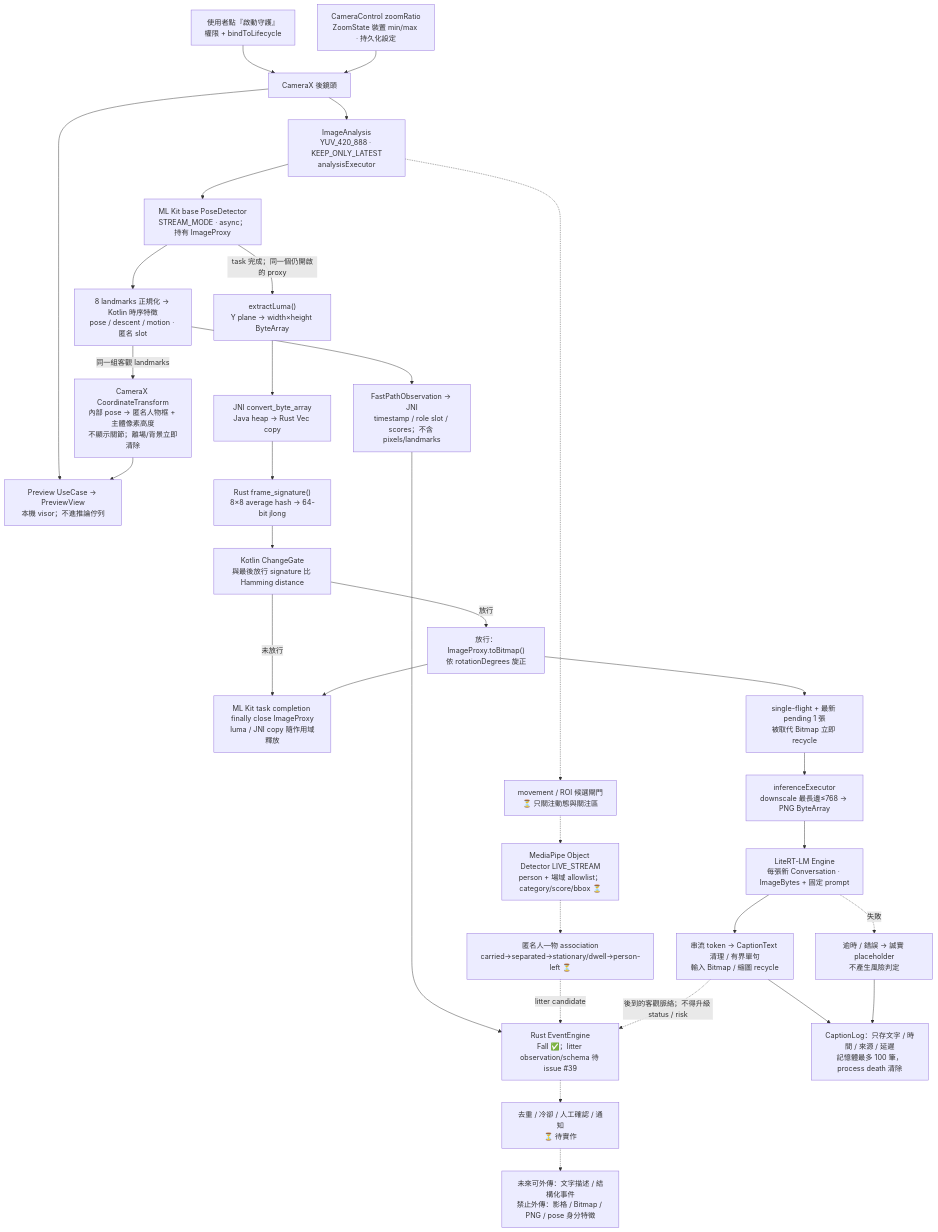
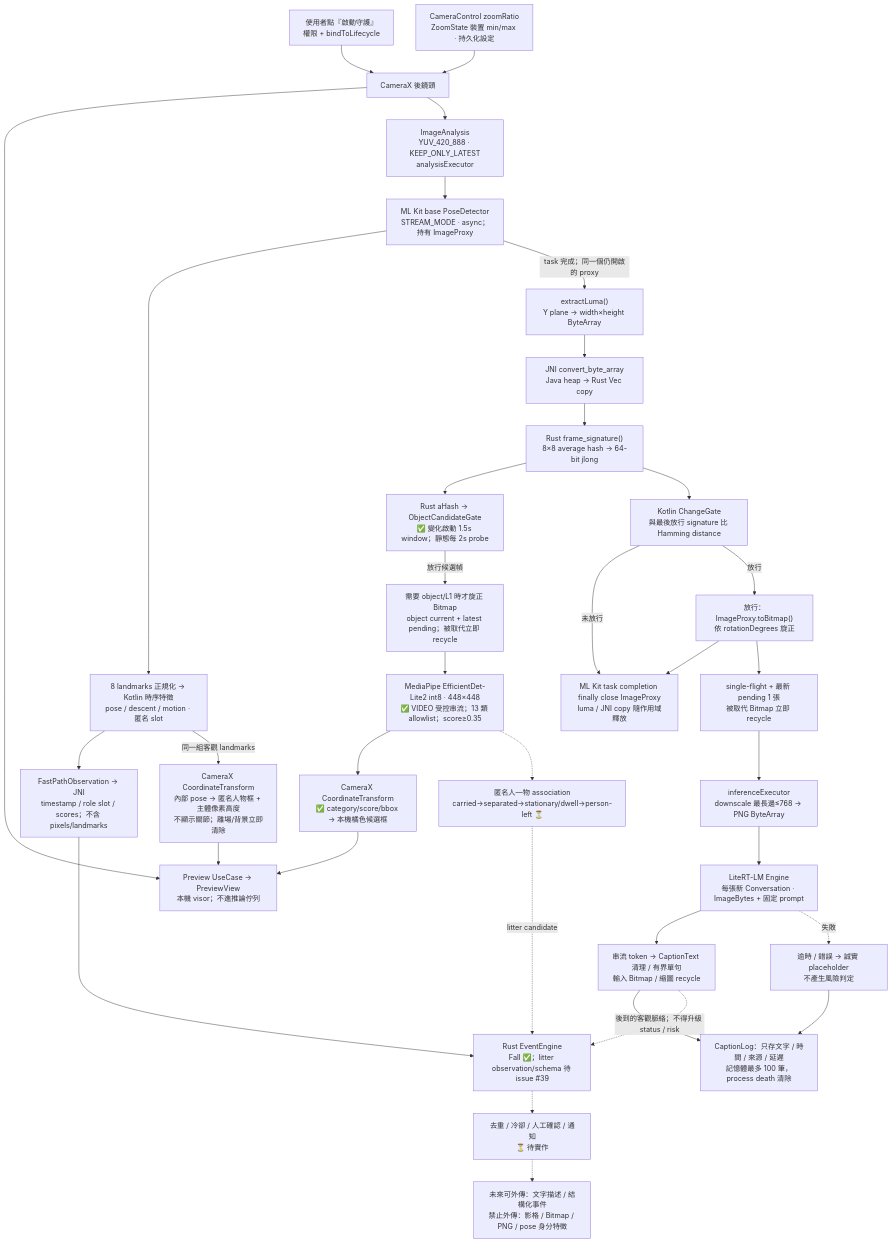
Before and after one commit to TingFengChou/claustrum: the third of 4 diagrams in README.md, drawn with Mermaid. The commit also changed other lines of this file and 31 other files, not shown here.

First line of the commit message:
feat(android): add gated MediaPipe object candidates (#43)

````diff
--- a/README.md
+++ b/README.md
@@ -220,44 +227,47 @@
 ```mermaid
 flowchart TB
   START["使用者點『啟動守護』<br/>權限 + bindToLifecycle"]
   CAMERA["CameraX 後鏡頭"]
   ZOOM["CameraControl zoomRatio<br/>ZoomState 裝置 min/max · 持久化設定"]
   PREVIEW["Preview UseCase → PreviewView<br/>本機 visor；不進推論佇列"]
   OVERLAY["CameraX CoordinateTransform<br/>內部 pose → 匿名人物框 + 主體像素高度<br/>不顯示關節；離場/背景立即清除"]
   ANALYSIS["ImageAnalysis<br/>YUV_420_888 · KEEP_ONLY_LATEST<br/>analysisExecutor"]
   POSE["ML Kit base PoseDetector<br/>STREAM_MODE · async；持有 ImageProxy"]
   FEATURE["8 landmarks 正規化 → Kotlin 時序特徵<br/>pose / descent / motion · 匿名 slot"]
   OBS["FastPathObservation → JNI<br/>timestamp / role slot / scores；不含 pixels/landmarks"]
   L2["Rust EventEngine<br/>Fall ✅；litter observation/schema 待 issue #39"]
-  MOTION["movement / ROI 候選閘門<br/>⏳ 只關注動態與關注區"]
-  OBJECT["MediaPipe Object Detector LIVE_STREAM<br/>person + 場域 allowlist；category/score/bbox ⏳"]
+  MOTION["Rust aHash → ObjectCandidateGate<br/>✅ 變化啟動 1.5s window；靜態每 2s probe"]
+  OBJECTCOPY["需要 object/L1 時才旋正 Bitmap<br/>object current + latest pending；被取代立即 recycle"]
+  OBJECT["MediaPipe EfficientDet-Lite2 int8 · 448×448<br/>✅ VIDEO 受控串流；13 類 allowlist；score≥0.35"]
+  OBJECTUI["CameraX CoordinateTransform<br/>✅ category/score/bbox → 本機橘色候選框"]
   ASSOC["匿名人—物 association<br/>carried→separated→stationary/dwell→person-left ⏳"]
   LUMA["extractLuma()<br/>Y plane → width×height ByteArray"]
   JNI["JNI convert_byte_array<br/>Java heap → Rust Vec copy"]
   HASH["Rust frame_signature()<br/>8×8 average hash → 64-bit jlong"]
   GATE["Kotlin ChangeGate<br/>與最後放行 signature 比 Hamming distance"]
   CLOSE["ML Kit task completion finally close ImageProxy<br/>luma / JNI copy 隨作用域釋放"]
   COPY["放行：ImageProxy.toBitmap()<br/>依 rotationDegrees 旋正"]
   QUEUE["single-flight + 最新 pending 1 張<br/>被取代 Bitmap 立即 recycle"]
   PREP["inferenceExecutor<br/>downscale 最長邊≤768 → PNG ByteArray"]
   ENGINE["LiteRT-LM Engine<br/>每張新 Conversation · ImageBytes + 固定 prompt"]
   TEXT["串流 token → CaptionText 清理 / 有界單句<br/>輸入 Bitmap / 縮圖 recycle"]
   LOG["CaptionLog：只存文字 / 時間 / 來源 / 延遲<br/>記憶體最多 100 筆，process death 清除"]
   FALLBACK["逾時 / 錯誤 → 誠實 placeholder<br/>不產生風險判定"]
   POLICY["去重 / 冷卻 / 人工確認 / 通知<br/>⏳ 待實作"]
   ALLOWED["未來可外傳：文字描述 / 結構化事件<br/>禁止外傳：影格 / Bitmap / PNG / pose 身分特徵"]
 
   START --> CAMERA
   ZOOM --> CAMERA
   CAMERA --> PREVIEW
   CAMERA --> ANALYSIS --> POSE --> FEATURE --> OBS --> L2
-  ANALYSIS -.-> MOTION -.-> OBJECT -.-> ASSOC -.->|"litter candidate"| L2
+  HASH --> MOTION -->|"放行候選幀"| OBJECTCOPY --> OBJECT --> OBJECTUI --> PREVIEW
+  OBJECT -.-> ASSOC -.->|"litter candidate"| L2
   FEATURE -->|"同一組客觀 landmarks"| OVERLAY --> PREVIEW
   POSE -->|"task 完成；同一個仍開啟的 proxy"| LUMA --> JNI --> HASH --> GATE
   GATE -->|"未放行"| CLOSE
   GATE -->|"放行"| COPY --> CLOSE
   COPY --> QUEUE --> PREP --> ENGINE --> TEXT --> LOG
   ENGINE -.->|"失敗"| FALLBACK --> LOG
   L2 -.-> POLICY -.-> ALLOWED
   TEXT -.->|"後到的客觀脈絡；不得升級 status / risk"| L2
 ```
````
